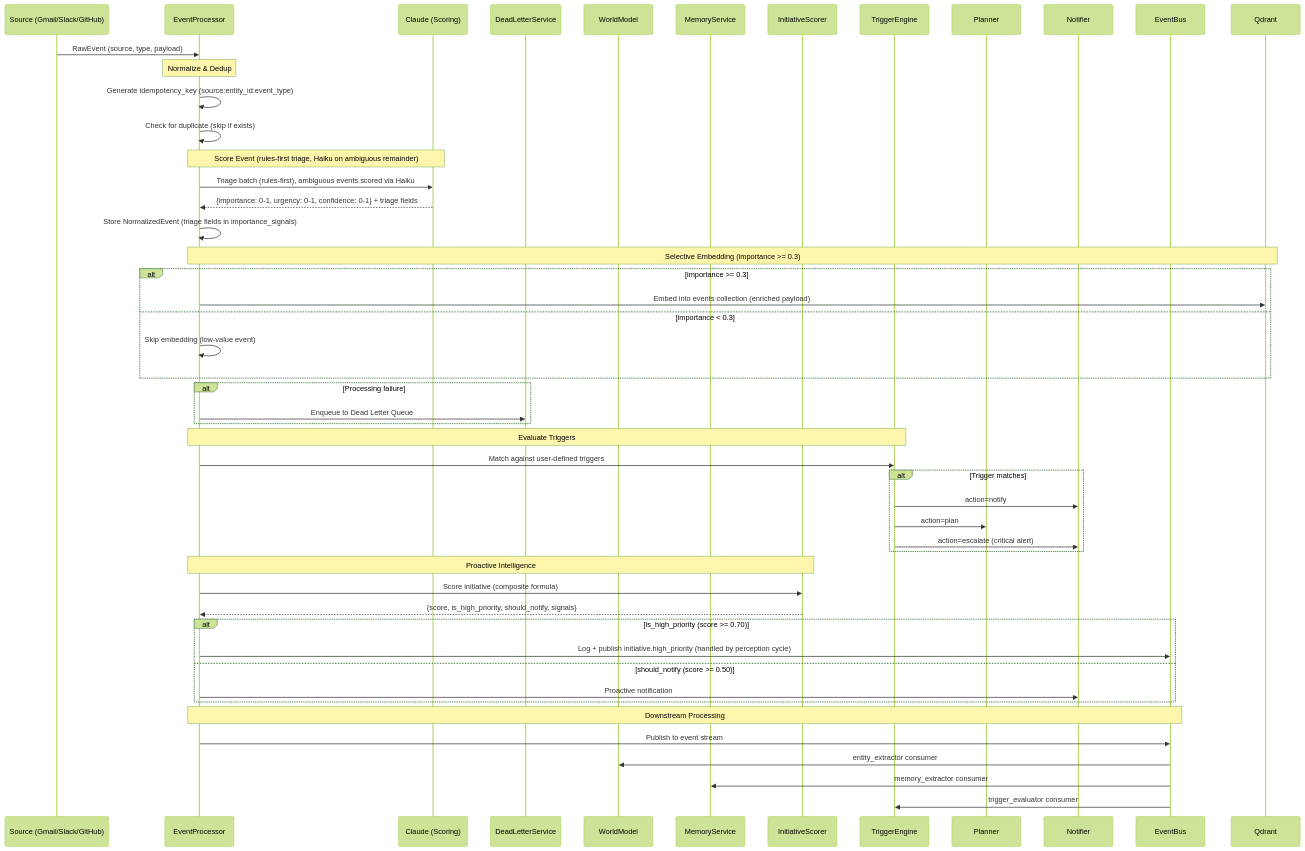
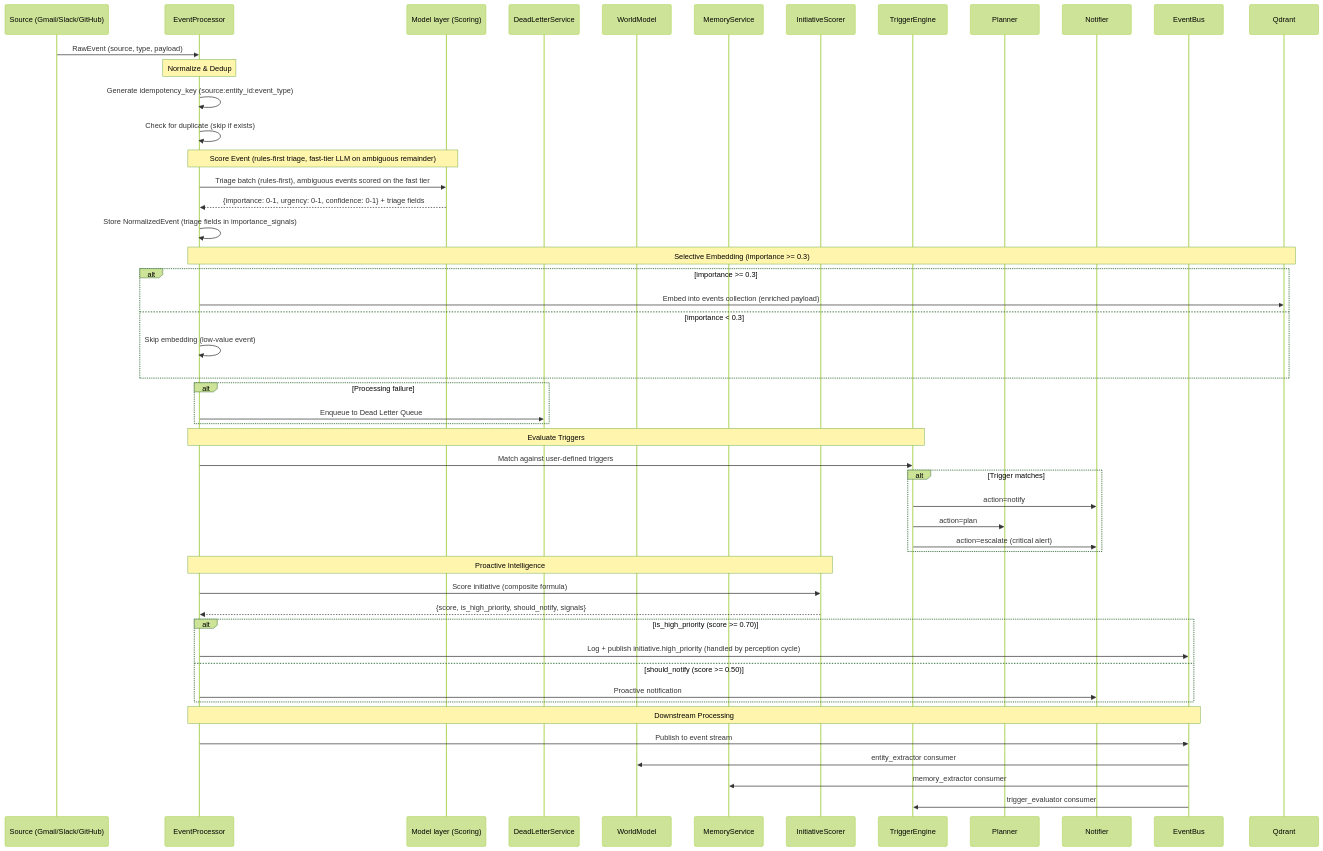
One commit to shivadharmi/muldro changed the diagram in docs/architecture/event-system.md. Above: the diagram before and after it, drawn with Mermaid (forest theme). The commit also changed other lines of this file and 11 other files, not shown here.

First line of the commit message:
docs: the DAG path installs no permission_gate, and the model layer is not Claude-only

````diff
--- a/docs/architecture/event-system.md
+++ b/docs/architecture/event-system.md
@@ -5,61 +5,61 @@
 ```mermaid
 sequenceDiagram
     participant S as Source (Gmail/Slack/GitHub)
     participant EP as EventProcessor
-    participant C as Claude (Scoring)
+    participant C as Model layer (Scoring)
     participant DLQ as DeadLetterService
     participant WM as WorldModel
     participant MS as MemoryService
     participant IS as InitiativeScorer
     participant TE as TriggerEngine
     participant PL as Planner
     participant NT as Notifier
     participant EB as EventBus
     participant QD as Qdrant
 
     S->>EP: RawEvent (source, type, payload)
 
     Note over EP: Normalize & Dedup
     EP->>EP: Generate idempotency_key (source:entity_id:event_type)
     EP->>EP: Check for duplicate (skip if exists)
 
-    Note over EP,C: Score Event (rules-first triage, Haiku on ambiguous remainder)
-    EP->>C: Triage batch (rules-first), ambiguous events scored via Haiku
+    Note over EP,C: Score Event (rules-first triage, fast-tier LLM on ambiguous remainder)
+    EP->>C: Triage batch (rules-first), ambiguous events scored on the fast tier
     C-->>EP: {importance: 0-1, urgency: 0-1, confidence: 0-1} + triage fields
     EP->>EP: Store NormalizedEvent (triage fields in importance_signals)
 
     Note over EP,QD: Selective Embedding (importance >= 0.3)
     alt importance >= 0.3
         EP->>QD: Embed into events collection (enriched payload)
     else importance < 0.3
         EP->>EP: Skip embedding (low-value event)
     end
 
     alt Processing failure
         EP->>DLQ: Enqueue to Dead Letter Queue
     end
 
     Note over EP,TE: Evaluate Triggers
     EP->>TE: Match against user-defined triggers
     alt Trigger matches
         TE->>NT: action=notify
         TE->>PL: action=plan
         TE->>NT: action=escalate (critical alert)
     end
 
     Note over EP,IS: Proactive Intelligence
     EP->>IS: Score initiative (composite formula)
     IS-->>EP: {score, is_high_priority, should_notify, signals}
 
     alt is_high_priority (score >= 0.70)
         EP->>EB: Log + publish initiative.high_priority (handled by perception cycle)
     else should_notify (score >= 0.50)
         EP->>NT: Proactive notification
     end
 
     Note over EP,EB: Downstream Processing
     EP->>EB: Publish to event stream
     EB->>WM: entity_extractor consumer
     EB->>MS: memory_extractor consumer
     EB->>TE: trigger_evaluator consumer
 ```
````
